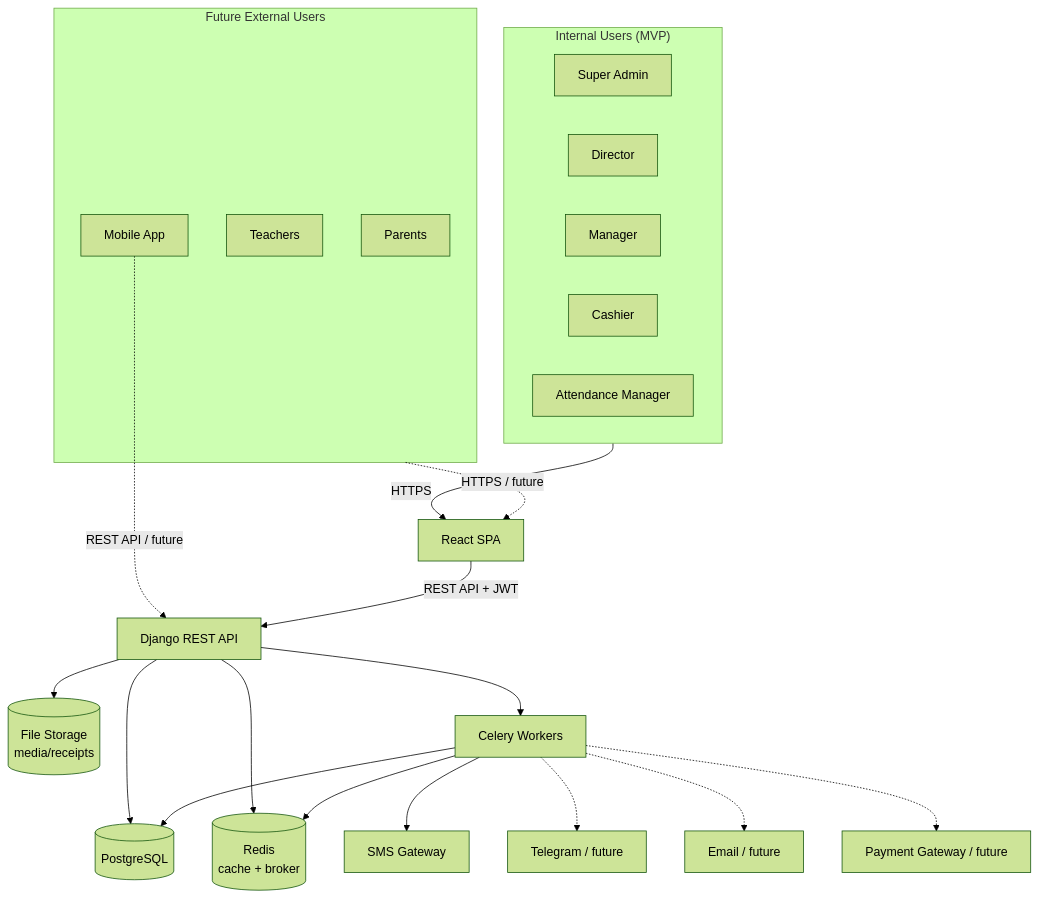
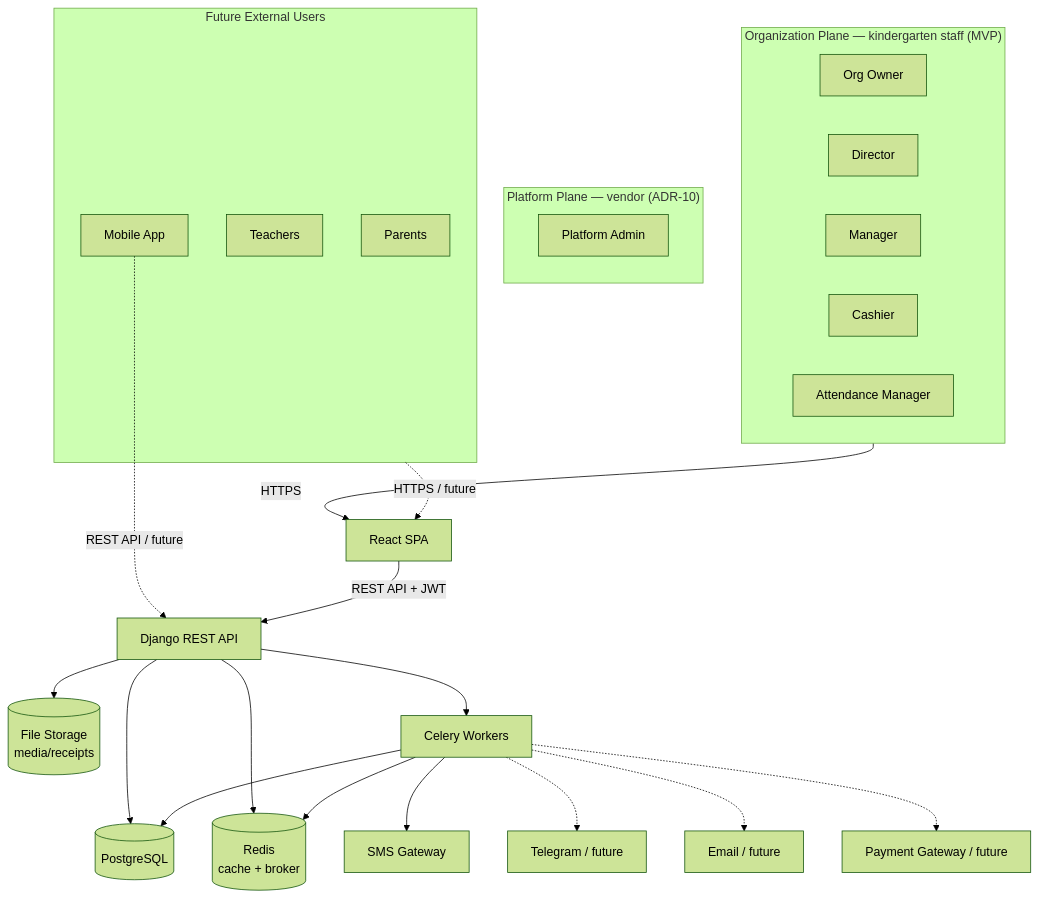
Before and after one commit to nizomiddin-rakhimberdiev/kg-crm: the first of 15 diagrams in docs/02_Software_Architecture.md, drawn with Mermaid (forest theme). The commit also changed other lines of this file and 10 other files, not shown here.

````diff
--- a/docs/02_Software_Architecture.md
+++ b/docs/02_Software_Architecture.md
@@ -103,33 +108,37 @@
 ```mermaid
 graph TB
-    subgraph Users["Internal Users (MVP)"]
-        SA[Super Admin]
+    subgraph Vendor["Platform Plane — vendor (ADR-10)"]
+        PA[Platform Admin]
+    end
+
+    subgraph Users["Organization Plane — kindergarten staff (MVP)"]
+        SA[Org Owner]
         DIR[Director]
         MGR[Manager]
         CASH[Cashier]
         ATT[Attendance Manager]
     end
 
     subgraph Future["Future External Users"]
         PAR[Parents]
         TEA[Teachers]
         MOB[Mobile App]
     end
 
     Users -->|HTTPS| SPA[React SPA]
     Future -.->|HTTPS / future| SPA
     MOB -.->|REST API / future| API
 
     SPA -->|REST API + JWT| API[Django REST API]
 
     API --> DB[(PostgreSQL)]
     API --> REDIS[(Redis<br/>cache + broker)]
     API --> STORE[(File Storage<br/>media/receipts)]
     API --> WORKER[Celery Workers]
     WORKER --> REDIS
     WORKER --> DB
     WORKER --> SMS[SMS Gateway]
     WORKER -.-> TG[Telegram / future]
     WORKER -.-> EMAIL[Email / future]
     WORKER -.-> PAY[Payment Gateway / future]
 ```
````
